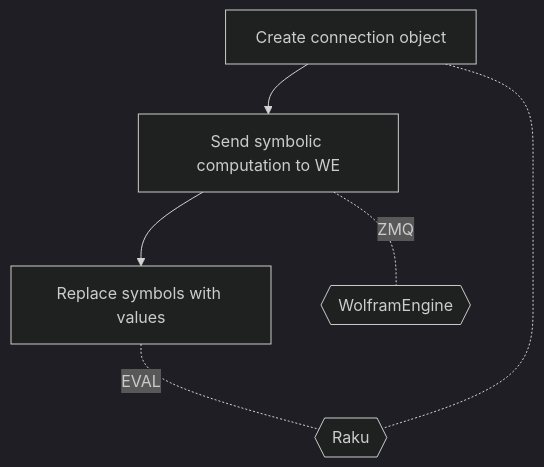
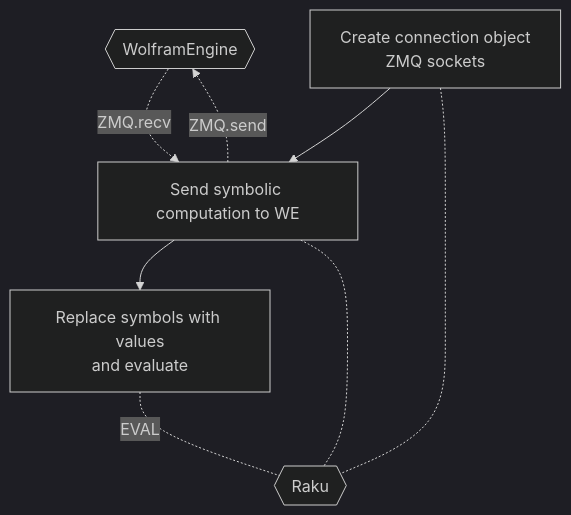
Before and after one commit to antononcube/Raku-Proc-ZMQed: the diagram in README-work.md, drawn with Mermaid (dark theme). The commit also changed other lines of this file and 1 other file, not shown here.

Commit message:
docs:Better flowchart and UML class diagram.

````diff
--- a/README-work.md
+++ b/README-work.md
@@ -50,12 +50,14 @@
 ```mermaid
 graph TD
   WE{{WolframEngine}}
   Raku{{Raku}}
-  CO[Create connection object]
+  CO[Create connection object<br>ZMQ sockets]
   SC[Send symbolic computation to WE]
-  PR[Replace symbols with values]
+  PR[Replace symbols with values<br>and evaluate]
   CO --> SC --> PR
-  SC -.- |ZMQ|WE
+  SC -.- Raku
+  SC -.-> |ZMQ.send|WE
+  WE -.-> |ZMQ.recv|SC
   CO -.- Raku
   PR -.- |EVAL|Raku  
 ```
````
